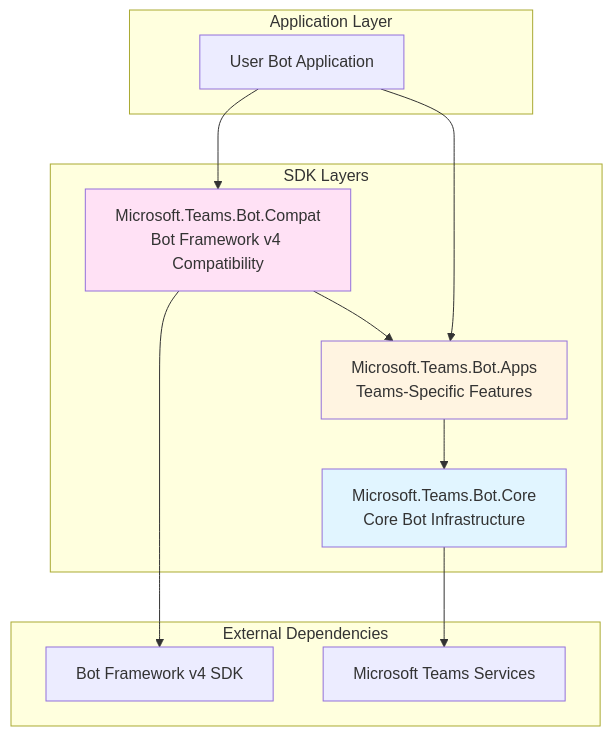
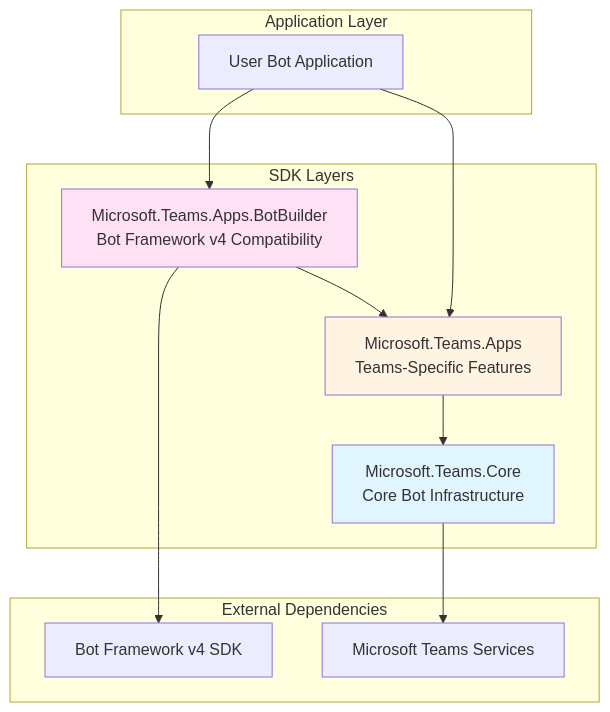
Before and after one commit to microsoft/teams.net: the first of 19 diagrams in core/docs/Architecture.md, drawn with Mermaid. The commit also changed other lines of this file and 6 other files, not shown here.

````diff
--- a/core/docs/Architecture.md
+++ b/core/docs/Architecture.md
@@ -7,28 +7,28 @@
 ```mermaid
 graph TB
     subgraph "Application Layer"
         UserBot[User Bot Application]
     end
 
     subgraph "SDK Layers"
-        Compat[Microsoft.Teams.Bot.Compat<br/>Bot Framework v4 Compatibility]
-        Apps[Microsoft.Teams.Bot.Apps<br/>Teams-Specific Features]
-        Core[Microsoft.Teams.Bot.Core<br/>Core Bot Infrastructure]
+        Compat[Microsoft.Teams.Apps.BotBuilder<br/>Bot Framework v4 Compatibility]
+        Apps[Microsoft.Teams.Apps<br/>Teams-Specific Features]
+        Core[Microsoft.Teams.Core<br/>Core Bot Infrastructure]
     end
 
     subgraph "External Dependencies"
         BotFramework[Bot Framework v4 SDK]
         TeamsServices[Microsoft Teams Services]
     end
 
     UserBot --> Compat
     UserBot --> Apps
     Compat --> Apps
     Compat --> BotFramework
     Apps --> Core
     Core --> TeamsServices
 
     style Core fill:#e1f5ff
     style Apps fill:#fff4e1
     style Compat fill:#ffe1f5
 ```
````
